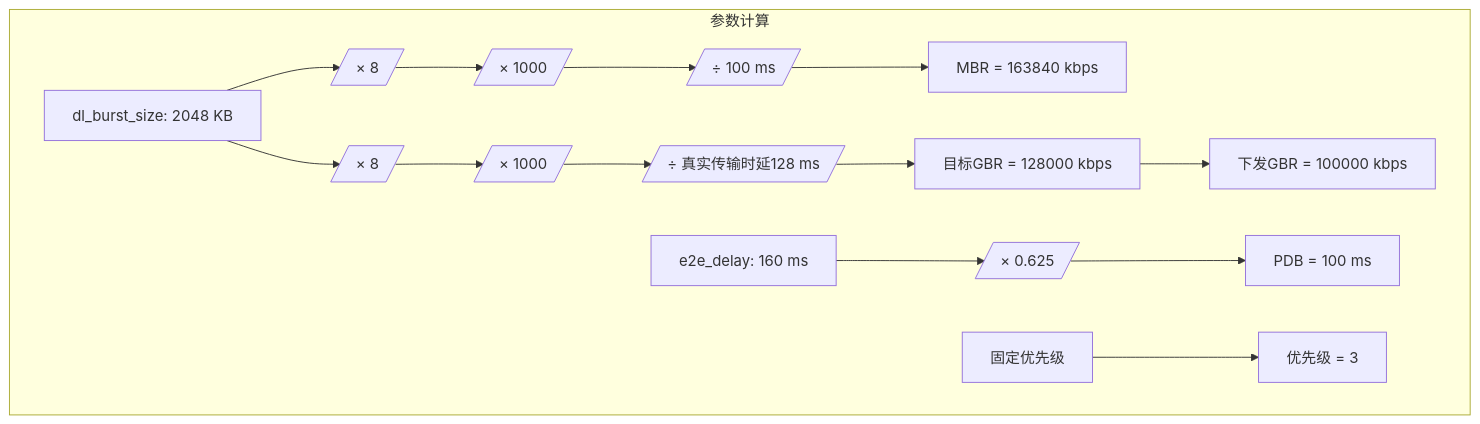
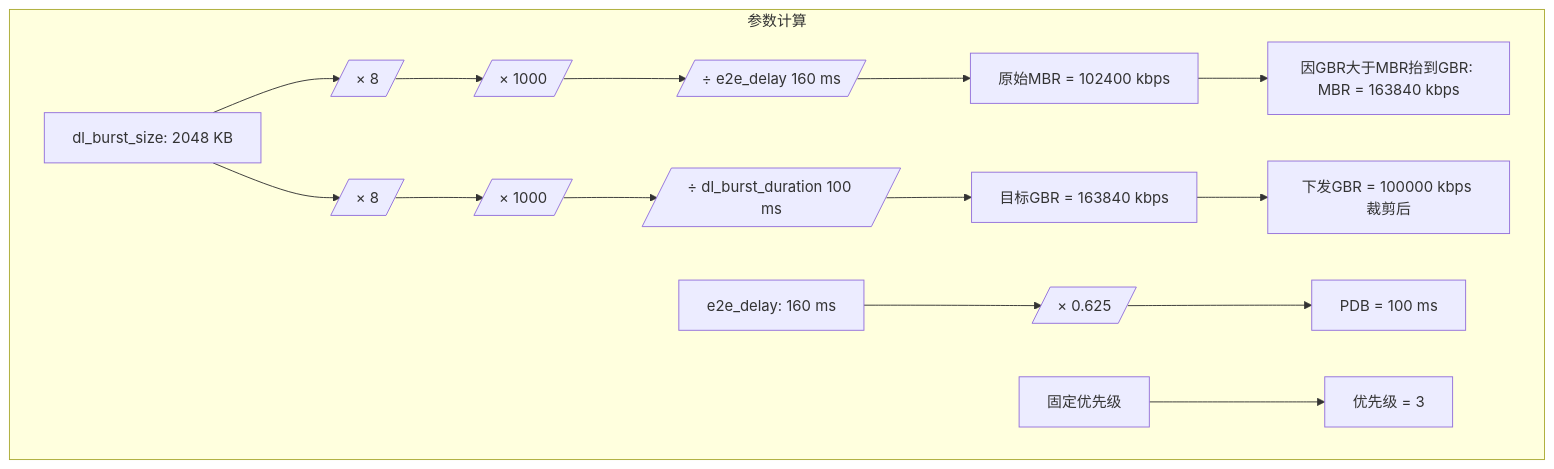
Before and after one commit to acore2026/QoSModule: the fourth of 10 diagrams in 随路Qos设计文档.md, drawn with Mermaid. The commit also changed other lines of this file and 4 other files, not shown here.

First line of the commit message:
docs: 修正 MBR/GBR 公式等文档与代码冲突

````diff
--- a/随路Qos设计文档.md
+++ b/随路Qos设计文档.md
@@ -333,20 +333,21 @@
 ```mermaid
 flowchart TD
     subgraph 参数计算
         A[dl_burst_size: 2048 KB] --> M1[/× 8/]
         M1 --> M2[/× 1000/]
-        M2 --> M3[/÷ 100 ms/]
-        M3 --> MBR[MBR = 163840 kbps]
+        M2 --> M3[/÷ e2e_delay 160 ms/]
+        M3 --> MBR0[原始MBR = 102400 kbps]
+        MBR0 --> MBR[因GBR大于MBR抬到GBR: MBR = 163840 kbps]
 
         A --> G1[/× 8/]
         G1 --> G2[/× 1000/]
-        G2 --> G3[/÷ 真实传输时延128 ms/]
-        G3 --> GBR[目标GBR = 128000 kbps]
-        GBR --> GBR2[下发GBR = 100000 kbps]
+        G2 --> G3[/÷ dl_burst_duration 100 ms/]
+        G3 --> GBR[目标GBR = 163840 kbps]
+        GBR --> GBR2[下发GBR = 100000 kbps 裁剪后]
 
         G[e2e_delay: 160 ms] --> P1[/× 0.625/]
         P1 --> PDB[PDB = 100 ms]
 
         S[固定优先级] --> P[优先级 = 3]
     end
 ```
````
